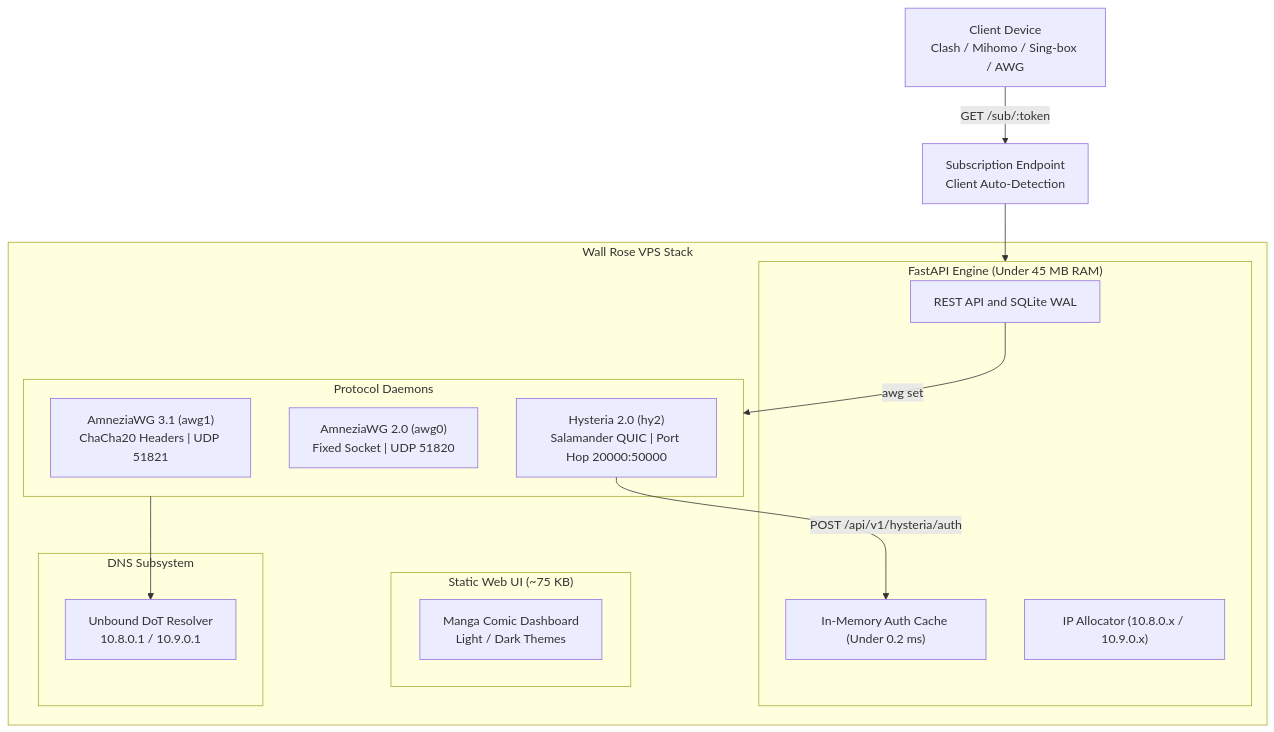
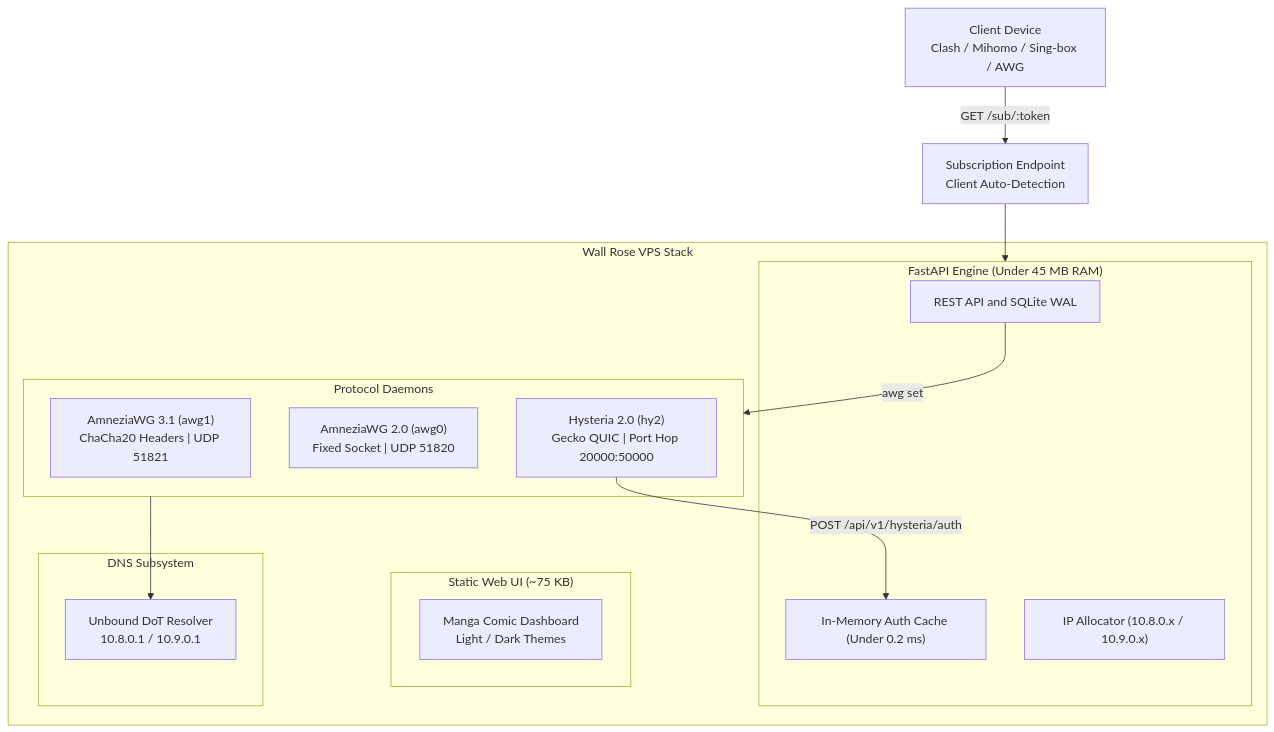
The diagram in README.md (h1am7a/wall-rose), drawn with Mermaid before and after one commit. The commit also changed other lines of this file and 13 other files, not shown here.

````diff
--- a/README.md
+++ b/README.md
@@ -30,31 +30,31 @@
 ```mermaid
 flowchart TD
     Client["Client Device<br>Clash / Mihomo / Sing-box / AWG"] -->|"GET /sub/:token"| SubEndpoint["Subscription Endpoint<br>Client Auto-Detection"]
 
     subgraph Server ["Wall Rose VPS Stack"]
         subgraph UI ["Static Web UI (~75 KB)"]
             Web["Manga Comic Dashboard<br>Light / Dark Themes"]
         end
 
         subgraph Backend ["FastAPI Engine (Under 45 MB RAM)"]
             API["REST API and SQLite WAL"]
             Cache["In-Memory Auth Cache (Under 0.2 ms)"]
             IPAM["IP Allocator (10.8.0.x / 10.9.0.x)"]
         end
 
         subgraph Daemons ["Protocol Daemons"]
             AWG31["AmneziaWG 3.1 (awg1)<br>ChaCha20 Headers | UDP 51821"]
             AWG20["AmneziaWG 2.0 (awg0)<br>Fixed Socket | UDP 51820"]
-            HY2["Hysteria 2.0 (hy2)<br>Salamander QUIC | Port Hop 20000:50000"]
+            HY2["Hysteria 2.0 (hy2)<br>Gecko QUIC | Port Hop 20000:50000"]
         end
 
         subgraph DNS ["DNS Subsystem"]
             Unbound["Unbound DoT Resolver<br>10.8.0.1 / 10.9.0.1"]
         end
     end
 
     SubEndpoint --> Backend
     API -->|"awg set"| Daemons
     HY2 -->|"POST /api/v1/hysteria/auth"| Cache
     Daemons --> Unbound
 ```
````
